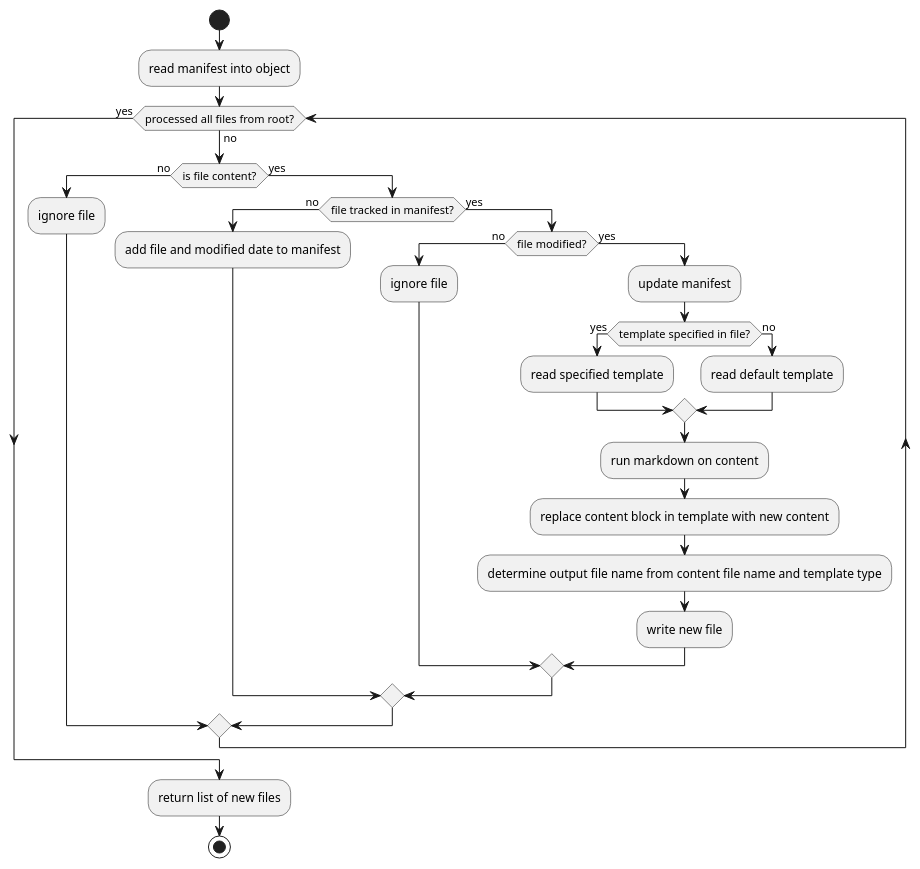
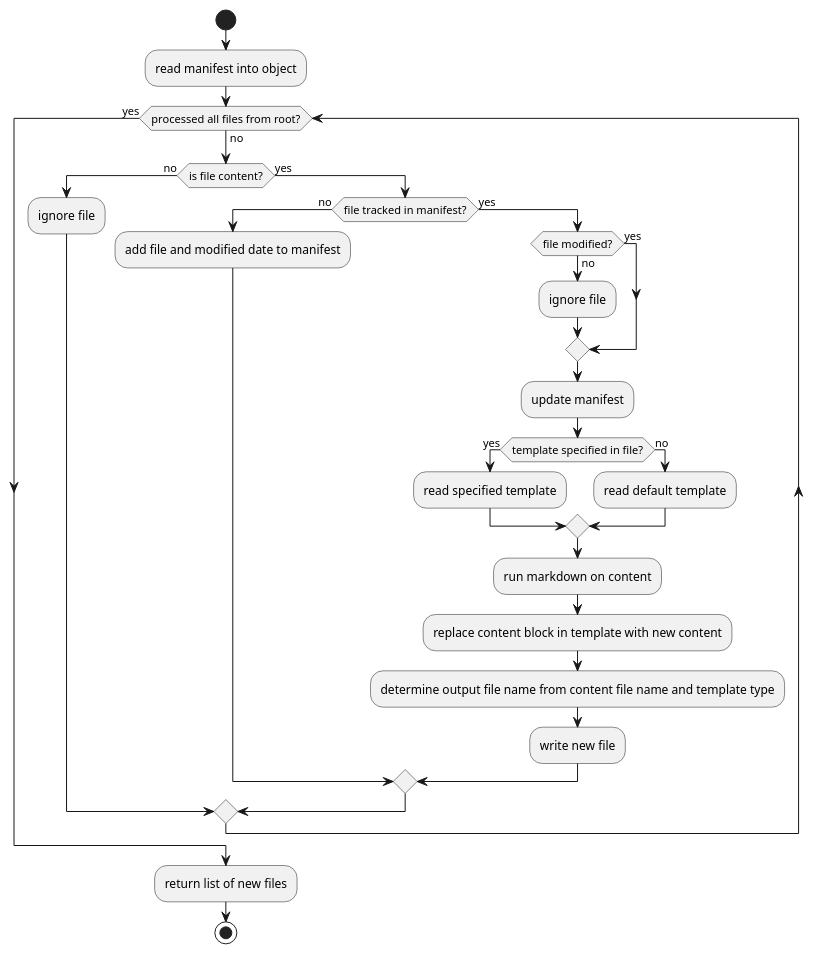
One commit to nathonius/parmesan changed the diagram in .parm/documentation/Activity.wsd. Above: the diagram before and after it, drawn with PlantUML. The commit also changed other lines of this file and 3 other files, not shown here.

```diff
--- a/.parm/documentation/Activity.wsd
+++ b/.parm/documentation/Activity.wsd
@@ -2,30 +2,30 @@
 @startuml
 start
 :read manifest into object;
 while (processed all files from root?) is (no)
 	if (is file content?) then (no)
 		:ignore file;
 	else (yes)
 		if (file tracked in manifest?) then (no)
 			:add file and modified date to manifest;
 		else (yes)
 			if (file modified?) then (no)
 				:ignore file;
 			else (yes)
+			endif
 				:update manifest;
 				if (template specified in file?) then (yes)
 					:read specified template;
 				else (no)
 					:read default template;
 				endif
 				:run markdown on content;
 				:replace content block in template with new content;
 				:determine output file name from content file name and template type;
 				:write new file;
-			endif
 		endif
 	endif
 endwhile (yes)
 :return list of new files;
 stop
 @enduml
```
